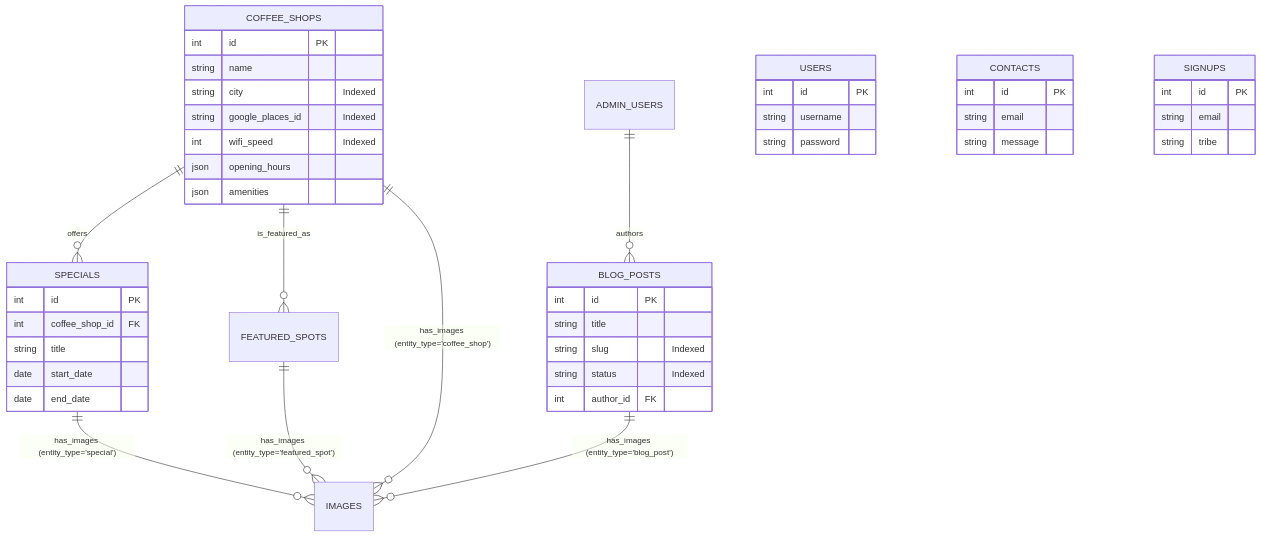
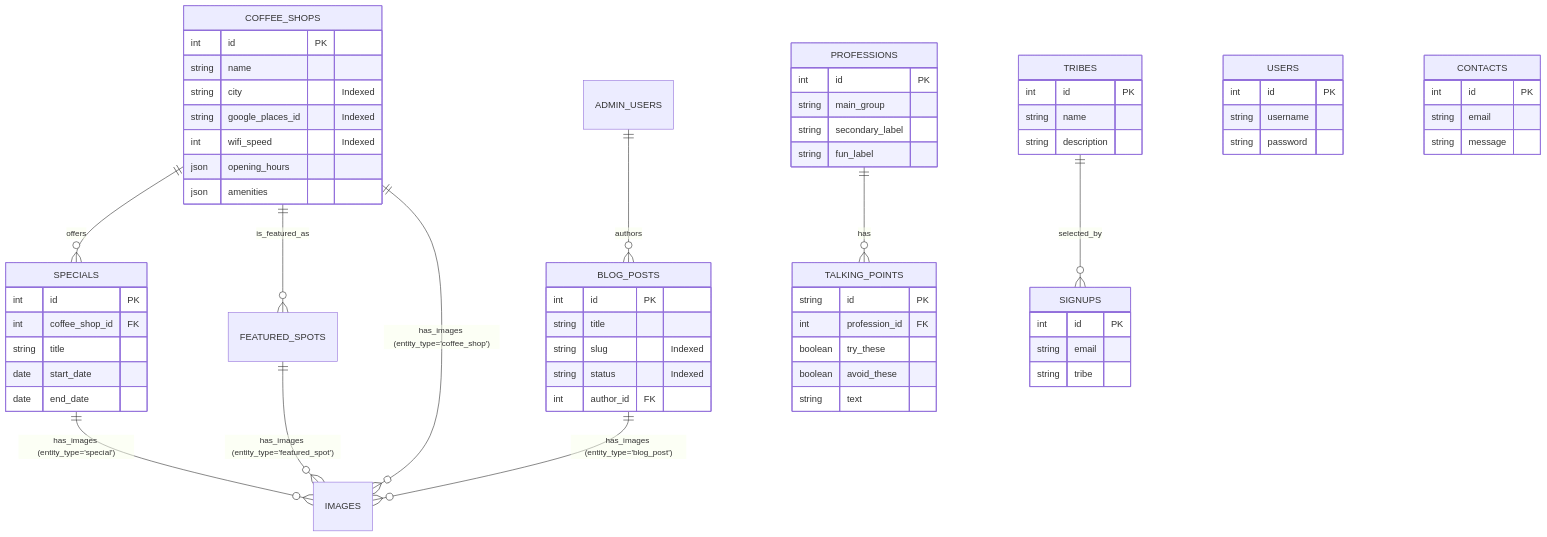
The first of 2 diagrams in DDL_mapping.md (jdc891010/jdc.code.bytesandbrews), drawn with Mermaid before and after one commit. The commit also changed other lines of this file and 1 other file, not shown here.

Commit message:
Appending to presentation file

````diff
--- a/DDL_mapping.md
+++ b/DDL_mapping.md
@@ -12,56 +12,79 @@
 ```mermaid
 erDiagram
     COFFEE_SHOPS ||--o{ SPECIALS : "offers"
     COFFEE_SHOPS ||--o{ FEATURED_SPOTS : "is_featured_as"
     ADMIN_USERS ||--o{ BLOG_POSTS : "authors"
+    PROFESSIONS ||--o{ TALKING_POINTS : "has"
+    TRIBES ||--o{ SIGNUPS : "selected_by"
     
     %% Polymorphic Image Relationships (Logical)
     COFFEE_SHOPS ||--o{ IMAGES : "has_images (entity_type='coffee_shop')"
     SPECIALS ||--o{ IMAGES : "has_images (entity_type='special')"
     BLOG_POSTS ||--o{ IMAGES : "has_images (entity_type='blog_post')"
     FEATURED_SPOTS ||--o{ IMAGES : "has_images (entity_type='featured_spot')"
 
     USERS {
         int id PK
         string username
         string password
     }
 
     COFFEE_SHOPS {
         int id PK
         string name
         string city "Indexed"
         string google_places_id "Indexed"
         int wifi_speed "Indexed"
         json opening_hours
         json amenities
     }
 
     SPECIALS {
         int id PK
         int coffee_shop_id FK
         string title
         date start_date
         date end_date
     }
 
     BLOG_POSTS {
         int id PK
         string title
         string slug "Indexed"
         string status "Indexed"
         int author_id FK
     }
 
     CONTACTS {
         int id PK
         string email
         string message
     }
 
     SIGNUPS {
         int id PK
         string email
         string tribe
     }
+
+    TRIBES {
+        int id PK
+        string name
+        string description
+    }
+
+    PROFESSIONS {
+        int id PK
+        string main_group
+        string secondary_label
+        string fun_label
+    }
+
+    TALKING_POINTS {
+        string id PK
+        int profession_id FK
+        boolean try_these
+        boolean avoid_these
+        string text
+    }
 ```
````
